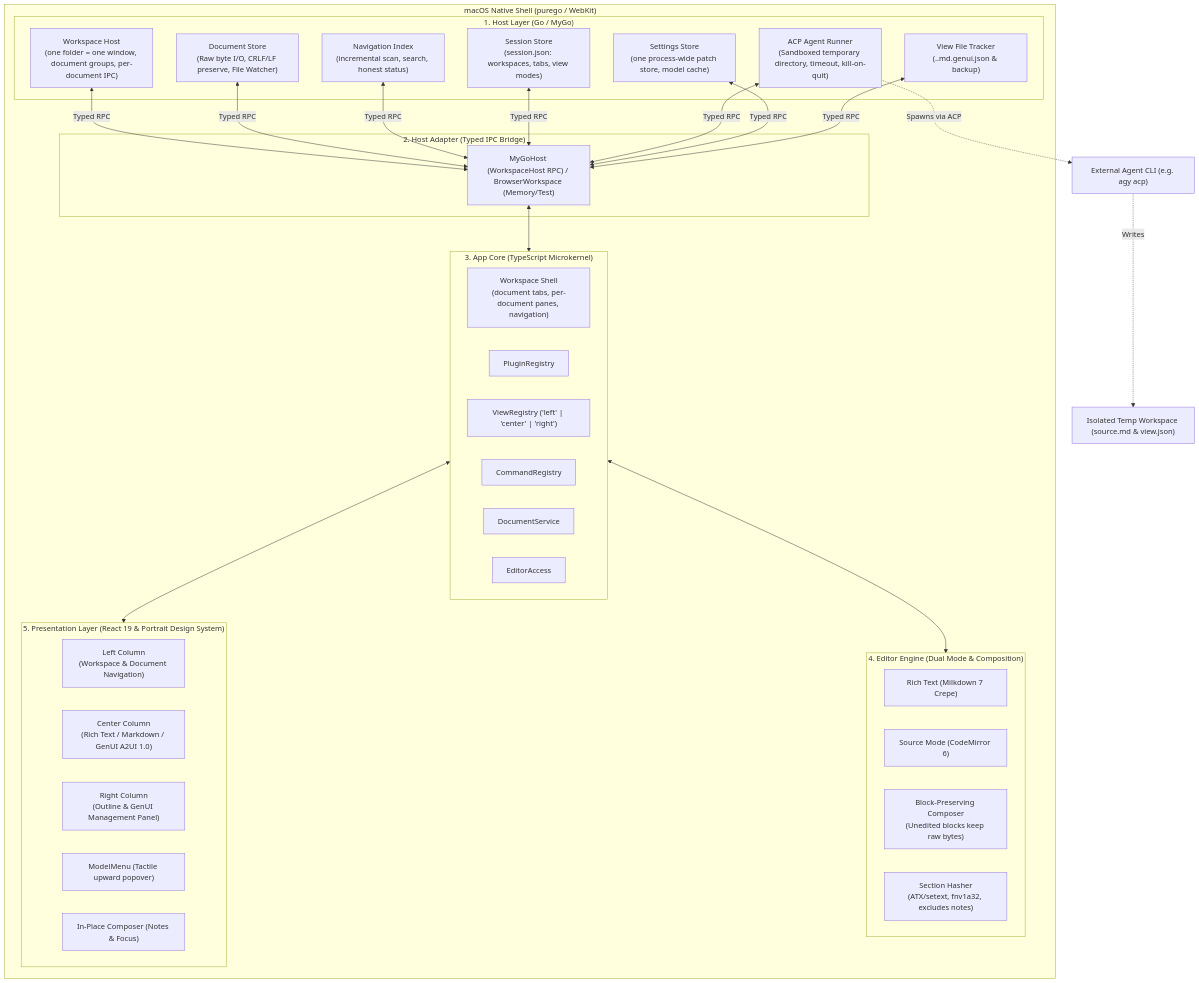
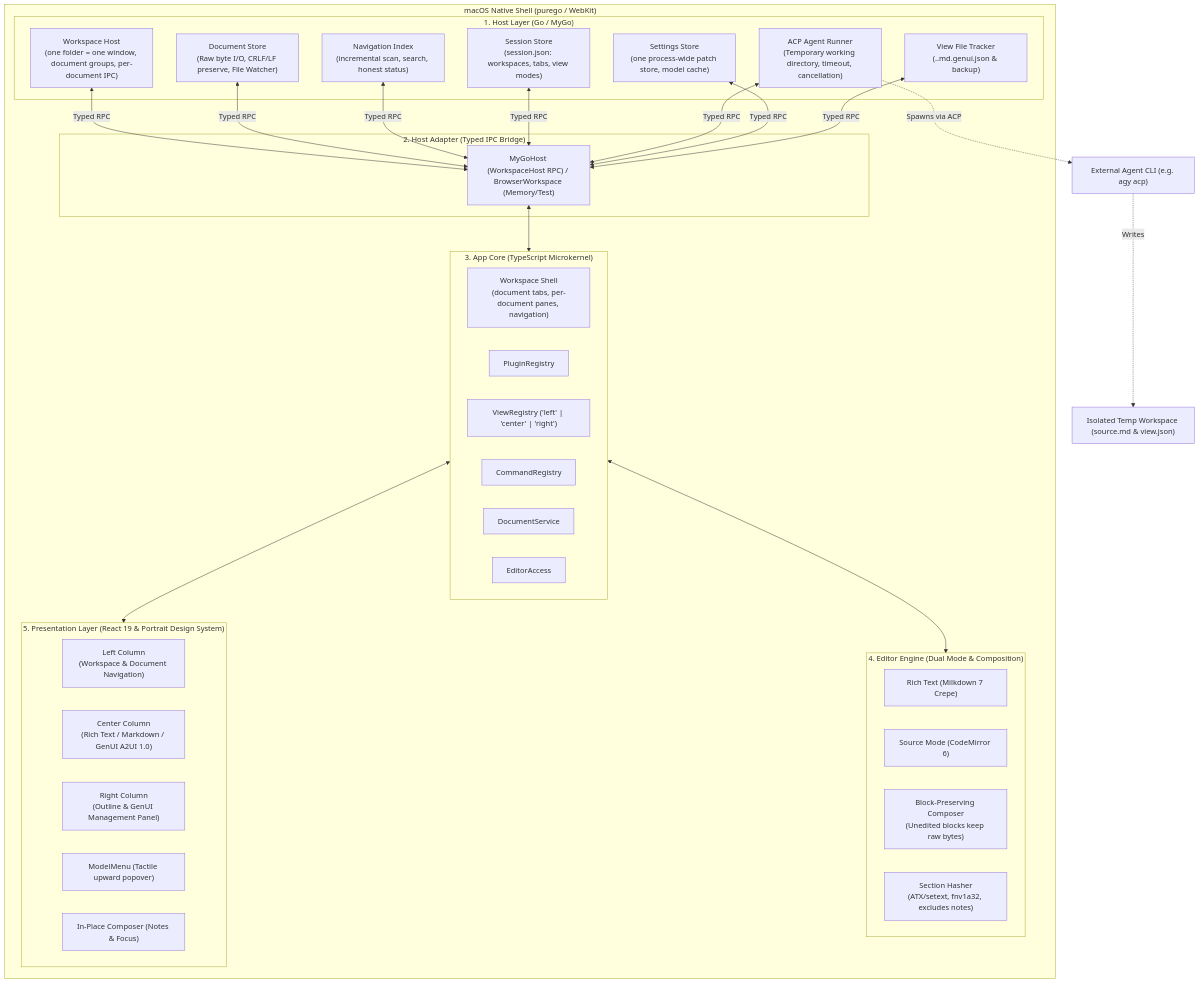
One commit to Bayern99/mark-go-go changed the first of 2 diagrams in ARCHITECTURE.md. Above: the diagram before and after it, drawn with Mermaid. The commit also changed other lines of this file and 26 other files, not shown here.

````diff
--- a/ARCHITECTURE.md
+++ b/ARCHITECTURE.md
@@ -14,57 +14,57 @@
 ```mermaid
 graph TD
     subgraph macOS Desktop ["macOS Native Shell (purego / WebKit)"]
         subgraph HostLayer ["1. Host Layer (Go / MyGo)"]
             Workspaces["Workspace Host<br/>(one folder = one window, document groups, per-document IPC)"]
             DocStore["Document Store<br/>(Raw byte I/O, CRLF/LF preserve, File Watcher)"]
             NavIndex["Navigation Index<br/>(incremental scan, search, honest status)"]
             SessionStore["Session Store<br/>(session.json: workspaces, tabs, view modes)"]
-            AgentRunner["ACP Agent Runner<br/>(Sandboxed temporary directory, timeout, kill-on-quit)"]
+            AgentRunner["ACP Agent Runner<br/>(Temporary working directory, timeout, cancellation)"]
             SettingsStore["Settings Store<br/>(one process-wide patch store, model cache)"]
             ViewTracker["View File Tracker<br/>(.<doc>.md.genui.json & backup)"]
         end
 
         subgraph IPC ["2. Host Adapter (Typed IPC Bridge)"]
             MyGoHost["MyGoHost (WorkspaceHost RPC) / BrowserWorkspace (Memory/Test)"]
         end
 
         subgraph CoreLayer ["3. App Core (TypeScript Microkernel)"]
             Shell["Workspace Shell<br/>(document tabs, per-document panes, navigation)"]
             PluginReg["PluginRegistry"]
             ViewReg["ViewRegistry ('left' | 'center' | 'right')"]
             CmdReg["CommandRegistry"]
             DocSvc["DocumentService"]
             EditorAccess["EditorAccess"]
         end
 
         subgraph EditorLayer ["4. Editor Engine (Dual Mode & Composition)"]
             WYSIWYG["Rich Text (Milkdown 7 Crepe)"]
             Source["Source Mode (CodeMirror 6)"]
             Compose["Block-Preserving Composer<br/>(Unedited blocks keep raw bytes)"]
             SectionHash["Section Hasher<br/>(ATX/setext, fnv1a32, excludes notes)"]
         end
 
         subgraph UILayer ["5. Presentation Layer (React 19 & Portrait Design System)"]
             LeftCol["Left Column<br/>(Workspace & Document Navigation)"]
             CenterCol["Center Column<br/>(Rich Text / Markdown / GenUI A2UI 1.0)"]
             RightCol["Right Column<br/>(Outline & GenUI Management Panel)"]
             ModelMenu["ModelMenu (Tactile upward popover)"]
             Composer["In-Place Composer (Notes & Focus)"]
         end
     end
 
     Workspaces <-->|Typed RPC| MyGoHost
     DocStore <-->|Typed RPC| MyGoHost
     NavIndex <-->|Typed RPC| MyGoHost
     SessionStore <-->|Typed RPC| MyGoHost
     AgentRunner <-->|Typed RPC| MyGoHost
     SettingsStore <-->|Typed RPC| MyGoHost
     ViewTracker <-->|Typed RPC| MyGoHost
 
     MyGoHost <--> CoreLayer
     CoreLayer <--> EditorLayer
     CoreLayer <--> UILayer
 
     AgentRunner -.->|Spawns via ACP| ExternalAgent["External Agent CLI (e.g. agy acp)"]
     ExternalAgent -.->|Writes| IsolatedWorkspace["Isolated Temp Workspace (source.md & view.json)"]
 ```
````
